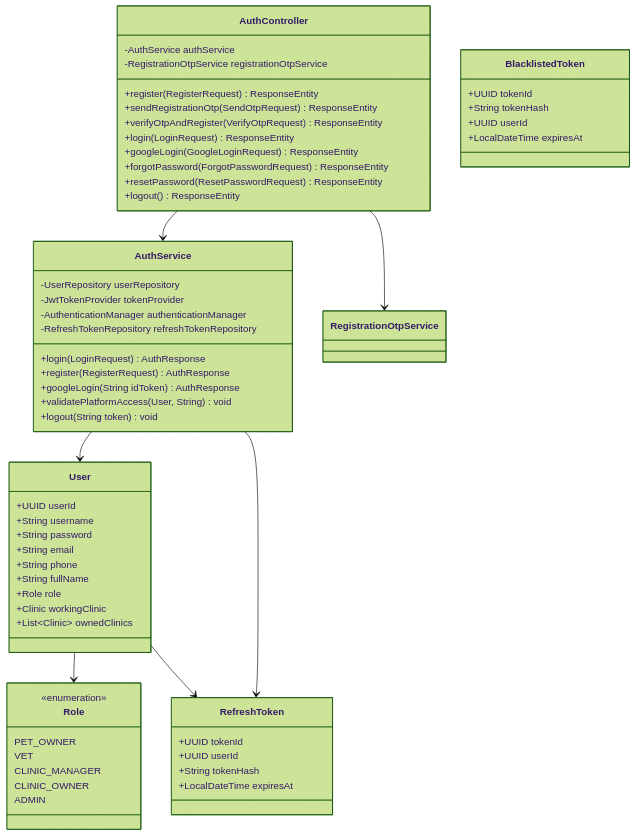
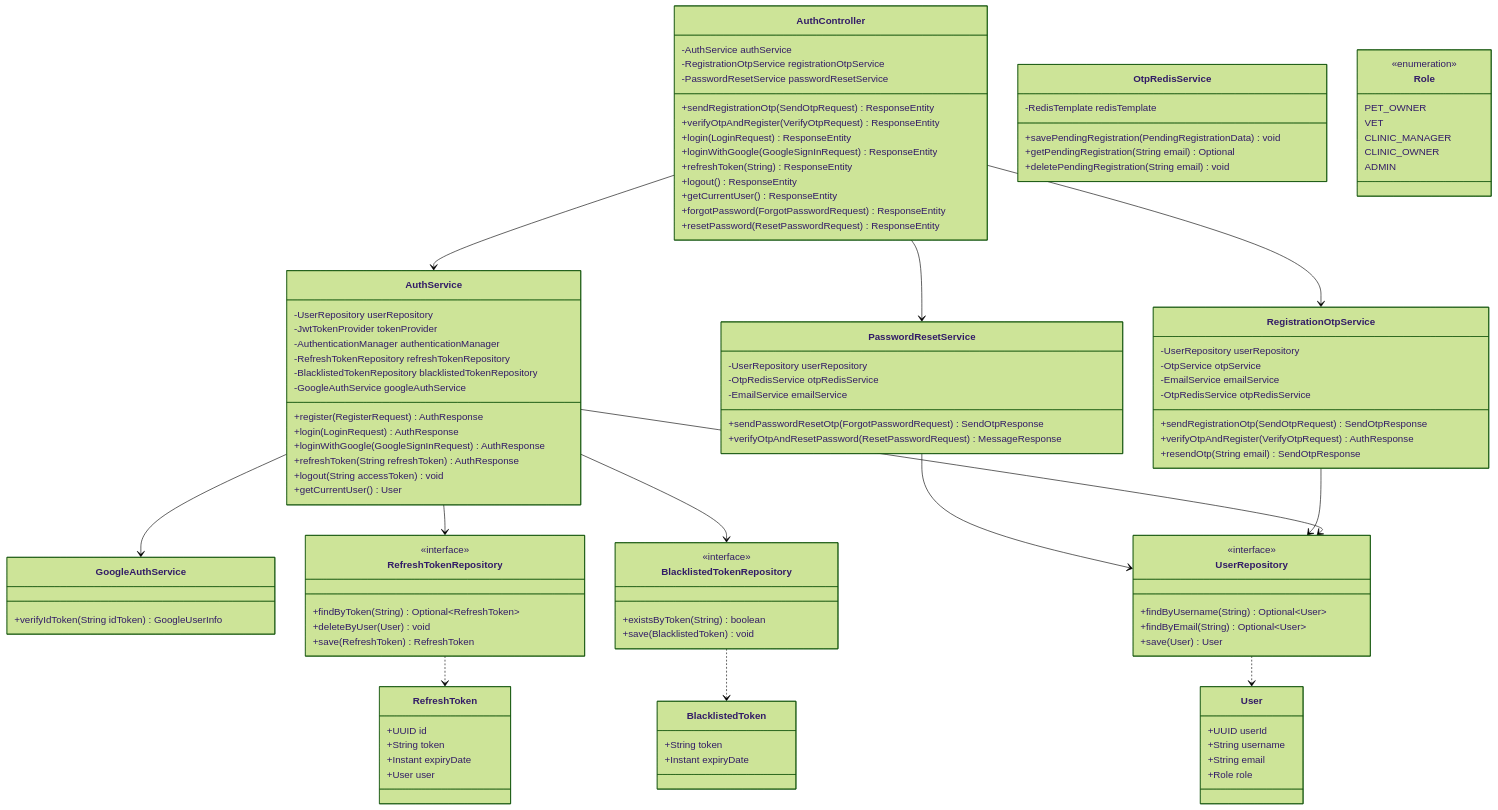
Before and after one commit to espresso23/Petties-Veterinary-Appointment-Booking-Platform: the sixth of 40 diagrams in docs-references/documentation/SDD/REPORT_4_SDD_SYSTEM_DESIGN.md, drawn with Mermaid (forest theme). The commit also changed other lines of this file and 132 other files, not shown here.

````diff
--- a/docs-references/documentation/SDD/REPORT_4_SDD_SYSTEM_DESIGN.md
+++ b/docs-references/documentation/SDD/REPORT_4_SDD_SYSTEM_DESIGN.md
@@ -738,14 +762,16 @@
     class AuthController {
         -AuthService authService
         -RegistrationOtpService registrationOtpService
-        +register(RegisterRequest) ResponseEntity
+        -PasswordResetService passwordResetService
         +sendRegistrationOtp(SendOtpRequest) ResponseEntity
         +verifyOtpAndRegister(VerifyOtpRequest) ResponseEntity
         +login(LoginRequest) ResponseEntity
-        +googleLogin(GoogleLoginRequest) ResponseEntity
+        +loginWithGoogle(GoogleSignInRequest) ResponseEntity
+        +refreshToken(String) ResponseEntity
+        +logout() ResponseEntity
+        +getCurrentUser() ResponseEntity
         +forgotPassword(ForgotPasswordRequest) ResponseEntity
         +resetPassword(ResetPasswordRequest) ResponseEntity
-        +logout() ResponseEntity
     }
 
     class AuthService {
@@ -753,23 +779,82 @@
         -JwtTokenProvider tokenProvider
         -AuthenticationManager authenticationManager
         -RefreshTokenRepository refreshTokenRepository
+        -BlacklistedTokenRepository blacklistedTokenRepository
+        -GoogleAuthService googleAuthService
+        +register(RegisterRequest) AuthResponse
         +login(LoginRequest) AuthResponse
-        +register(RegisterRequest) AuthResponse
-        +googleLogin(String idToken) AuthResponse
-        +validatePlatformAccess(User, String) void
-        +logout(String token) void
+        +loginWithGoogle(GoogleSignInRequest) AuthResponse
+        +refreshToken(String refreshToken) AuthResponse
+        +logout(String accessToken) void
+        +getCurrentUser() User
+    }
+
+    class RegistrationOtpService {
+        -UserRepository userRepository
+        -OtpService otpService
+        -EmailService emailService
+        -OtpRedisService otpRedisService
+        +sendRegistrationOtp(SendOtpRequest) SendOtpResponse
+        +verifyOtpAndRegister(VerifyOtpRequest) AuthResponse
+        +resendOtp(String email) SendOtpResponse
+    }
+
+    class PasswordResetService {
+        -UserRepository userRepository
+        -OtpRedisService otpRedisService
+        -EmailService emailService
+        +sendPasswordResetOtp(ForgotPasswordRequest) SendOtpResponse
+        +verifyOtpAndResetPassword(ResetPasswordRequest) MessageResponse
+    }
+
+    class OtpRedisService {
+        -RedisTemplate redisTemplate
+        +savePendingRegistration(PendingRegistrationData) void
+        +getPendingRegistration(String email) Optional
+        +deletePendingRegistration(String email) void
+    }
+
+    class GoogleAuthService {
+        +verifyIdToken(String idToken) GoogleUserInfo
+    }
+
+    class UserRepository {
+        <<interface>>
+        +findByUsername(String) Optional~User~
+        +findByEmail(String) Optional~User~
+        +save(User) User
+    }
+
+    class RefreshTokenRepository {
+        <<interface>>
+        +findByToken(String) Optional~RefreshToken~
+        +deleteByUser(User) void
+        +save(RefreshToken) RefreshToken
+    }
+
+    class BlacklistedTokenRepository {
+        <<interface>>
+        +existsByToken(String) boolean
+        +save(BlacklistedToken) void
     }
 
     class User {
         +UUID userId
         +String username
-        +String password
         +String email
-        +String phone
-        +String fullName
         +Role role
-        +Clinic workingClinic
-        +List~Clinic~ ownedClinics
+    }
+
+    class RefreshToken {
+        +UUID id
+        +String token
+        +Instant expiryDate
+        +User user
+    }
+
+    class BlacklistedToken {
+        +String token
+        +Instant expiryDate
     }
 
     class Role {
@@ -781,24 +866,16 @@
         ADMIN
     }
 
-    class RefreshToken {
-        +UUID tokenId
-        +UUID userId
-        +String tokenHash
-        +LocalDateTime expiresAt
-    }
-
-    class BlacklistedToken {
-        +UUID tokenId
-        +String tokenHash
-        +UUID userId
-        +LocalDateTime expiresAt
-    }
-
     AuthController --> AuthService
     AuthController --> RegistrationOtpService
-    AuthService --> User
-    AuthService --> RefreshToken
-    User --> Role
-    User --> RefreshToken
+    AuthController --> PasswordResetService
+    AuthService --> UserRepository
+    AuthService --> RefreshTokenRepository
+    AuthService --> BlacklistedTokenRepository
+    AuthService --> GoogleAuthService
+    RegistrationOtpService --> UserRepository
+    PasswordResetService --> UserRepository
+    UserRepository ..> User
+    RefreshTokenRepository ..> RefreshToken
+    BlacklistedTokenRepository ..> BlacklistedToken
 ```
````
